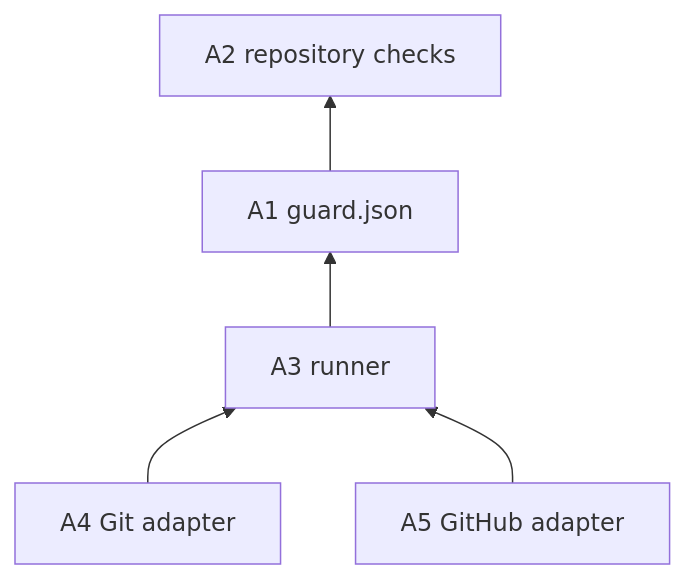
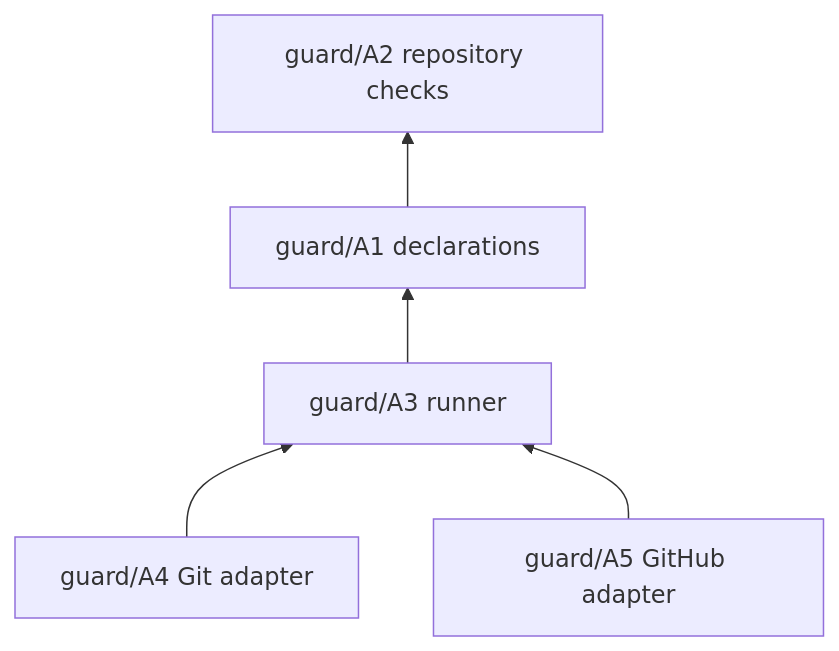
Before and after one commit to Kai-Hacks-AI/KAAL: the first of 2 diagrams in engineering/guard/architecture.md, drawn with Mermaid. The commit also changed other lines of this file and 73 other files, not shown here.

````diff
--- a/engineering/guard/architecture.md
+++ b/engineering/guard/architecture.md
@@ -33,7 +39,7 @@
 ```mermaid
 flowchart BT
-  Hook[A4 Git adapter] --> Runner[A3 runner]
-  WF[A5 GitHub adapter] --> Runner
-  Runner --> List[A1 guard.json]
-  List --> Checks[A2 repository checks]
+  Hook[guard/A4 Git adapter] --> Runner[guard/A3 runner]
+  WF[guard/A5 GitHub adapter] --> Runner
+  Runner --> List[guard/A1 declarations]
+  List --> Checks[guard/A2 repository checks]
 ```
````
